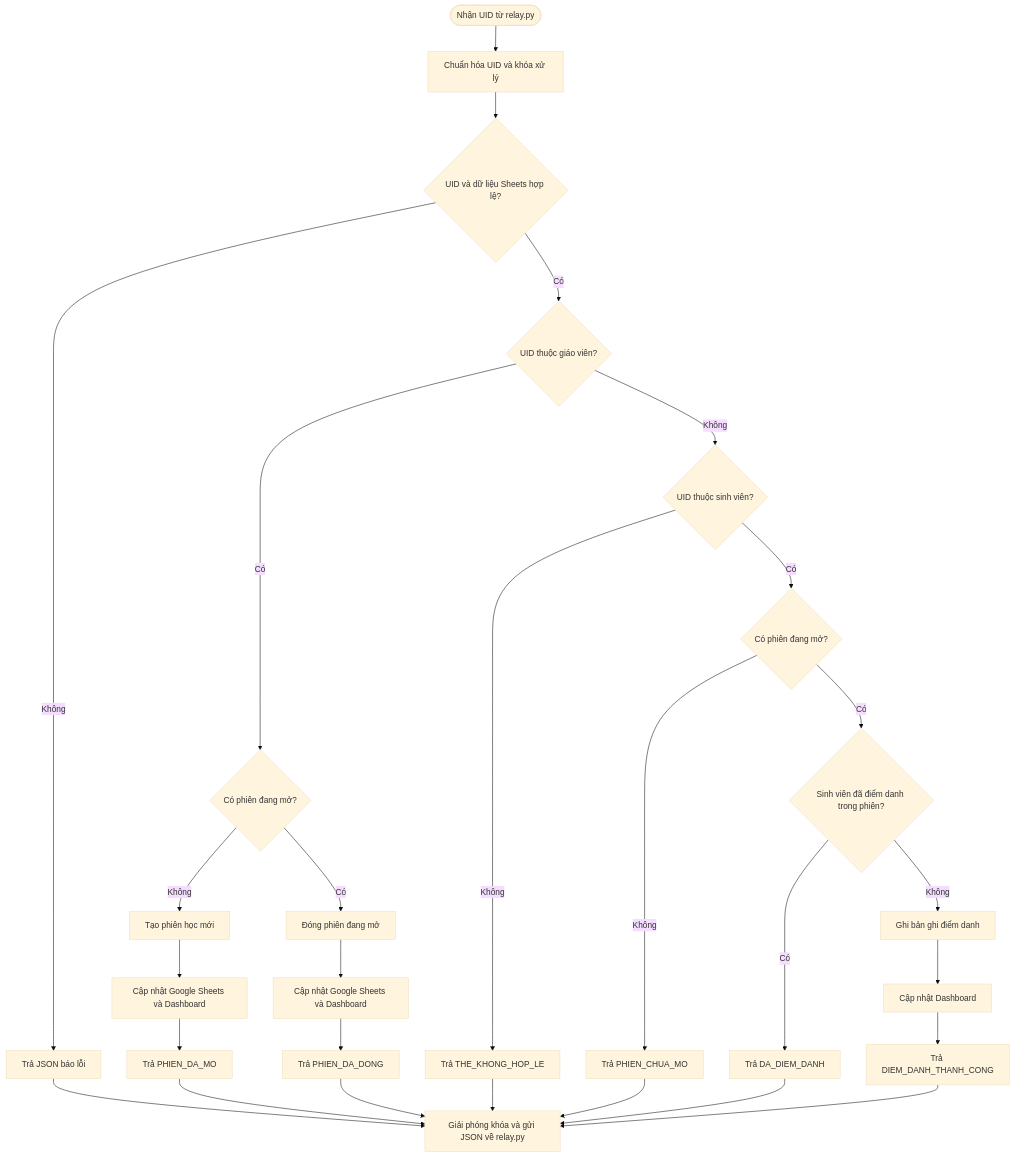
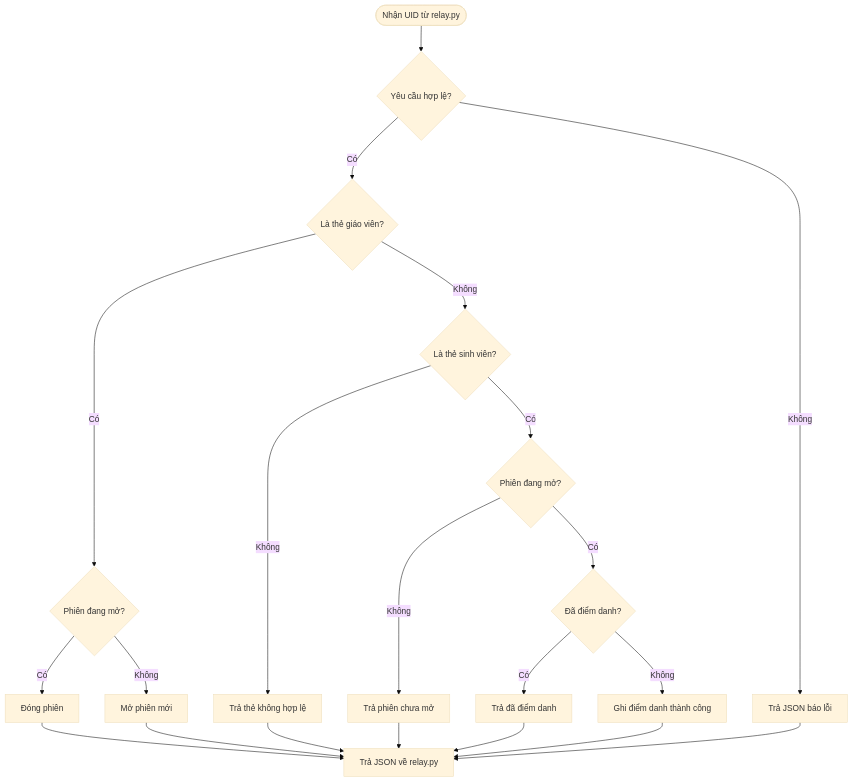
One commit to nguyen-mowftee2006/iot-tx2-project-ver1 changed the third of 3 diagrams in LUU_DO_TONG.md. Above: the diagram before and after it, drawn with Mermaid (base theme). The commit also changed other lines of this file, not shown here.

````diff
--- a/LUU_DO_TONG.md
+++ b/LUU_DO_TONG.md
@@ -73,33 +45,23 @@
 ```mermaid
 flowchart TD
-    A([Nhận UID từ relay.py]) --> B[Chuẩn hóa UID và khóa xử lý]
-    B --> C{UID và dữ liệu Sheets hợp lệ?}
-    C -- Không --> D[Trả JSON báo lỗi]
-    C -- Có --> E{UID thuộc giáo viên?}
-
-    E -- Có --> F{Có phiên đang mở?}
-    F -- Không --> G[Tạo phiên học mới]
-    G --> H[Cập nhật Google Sheets và Dashboard]
-    H --> I[Trả PHIEN_DA_MO]
-    F -- Có --> J[Đóng phiên đang mở]
-    J --> K[Cập nhật Google Sheets và Dashboard]
-    K --> L[Trả PHIEN_DA_DONG]
-
-    E -- Không --> M{UID thuộc sinh viên?}
-    M -- Không --> N[Trả THE_KHONG_HOP_LE]
-    M -- Có --> O{Có phiên đang mở?}
-    O -- Không --> P[Trả PHIEN_CHUA_MO]
-    O -- Có --> Q{Sinh viên đã điểm danh trong phiên?}
-    Q -- Có --> R[Trả DA_DIEM_DANH]
-    Q -- Không --> S[Ghi bản ghi điểm danh]
-    S --> T[Cập nhật Dashboard]
-    T --> U[Trả DIEM_DANH_THANH_CONG]
-
-    D --> V[Giải phóng khóa và gửi JSON về relay.py]
-    I --> V
-    L --> V
-    N --> V
-    P --> V
-    R --> V
-    U --> V
+    A([Nhận UID từ relay.py]) --> B{Yêu cầu hợp lệ?}
+    B -- Không --> C[Trả JSON báo lỗi]
+    B -- Có --> D{Là thẻ giáo viên?}
+    D -- Có --> E{Phiên đang mở?}
+    E -- Có --> F[Đóng phiên]
+    E -- Không --> G[Mở phiên mới]
+    D -- Không --> H{Là thẻ sinh viên?}
+    H -- Không --> I[Trả thẻ không hợp lệ]
+    H -- Có --> J{Phiên đang mở?}
+    J -- Không --> K[Trả phiên chưa mở]
+    J -- Có --> L{Đã điểm danh?}
+    L -- Có --> M[Trả đã điểm danh]
+    L -- Không --> N[Ghi điểm danh thành công]
+    F --> O[Trả JSON về relay.py]
+    G --> O
+    I --> O
+    K --> O
+    M --> O
+    N --> O
+    C --> O
 ```
````
